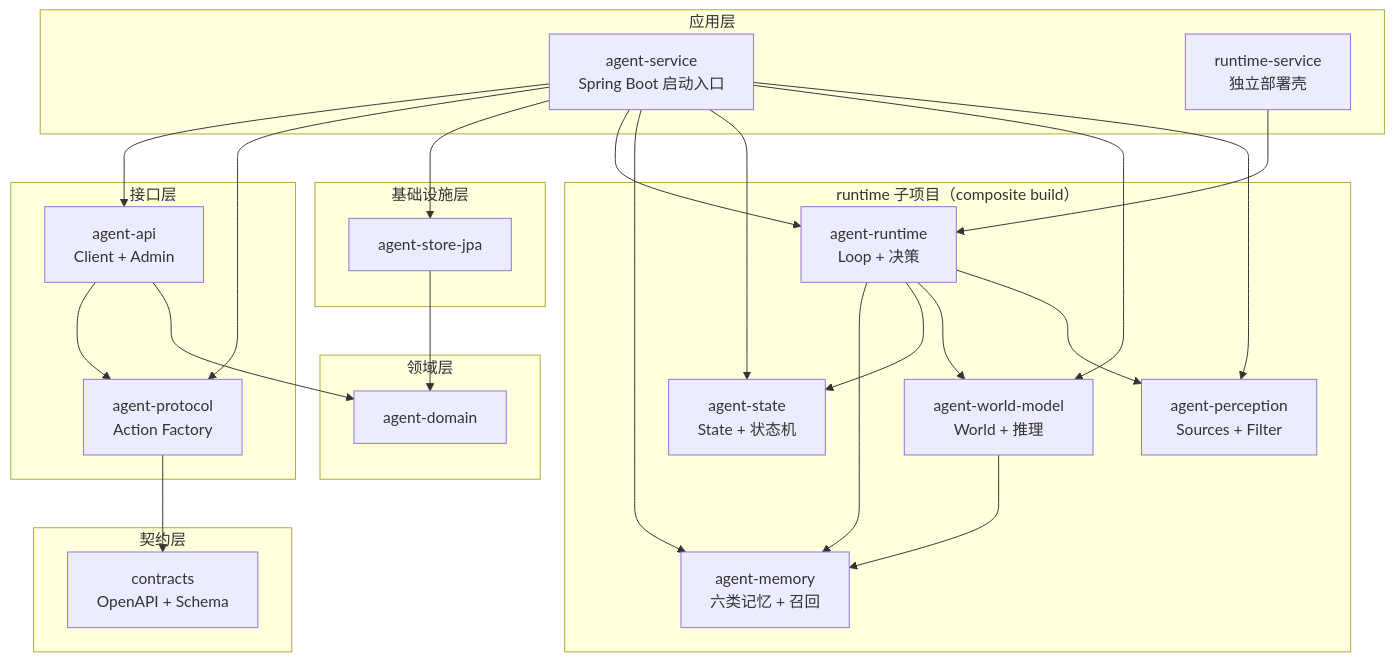
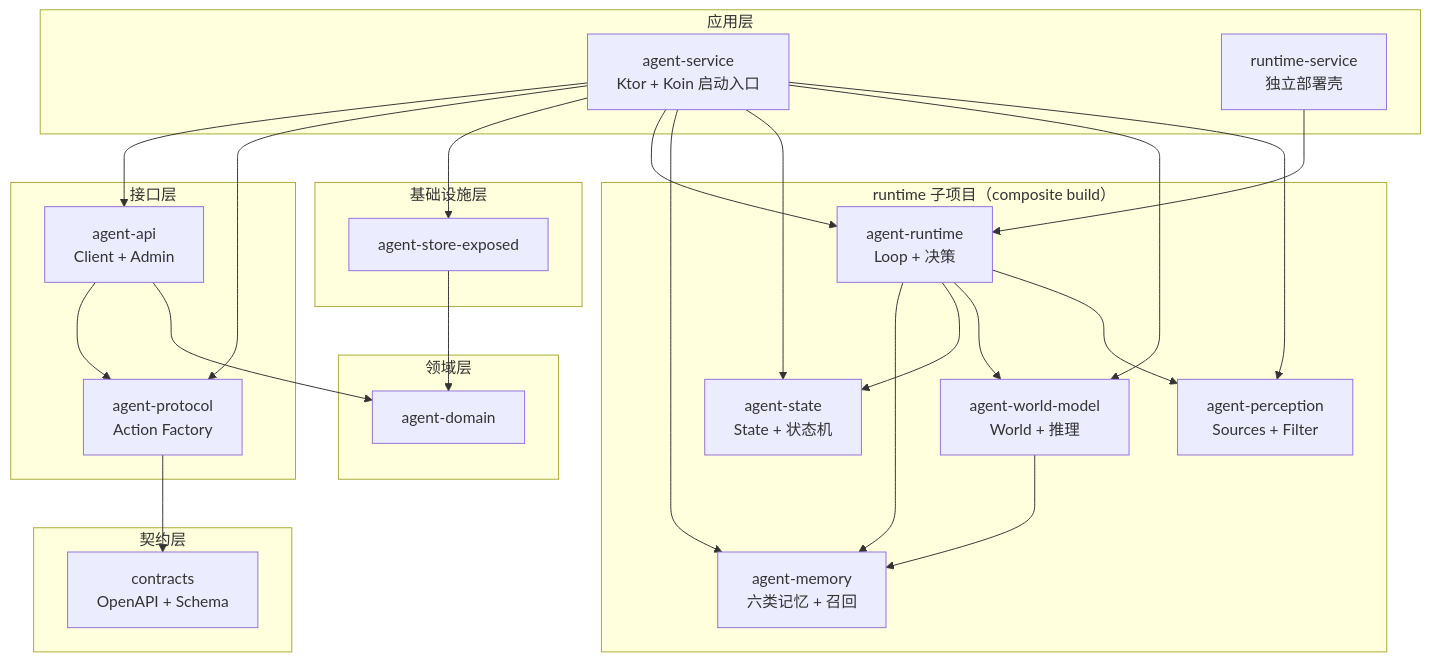
The first of 3 diagrams in architecture/AgentService工程架构.md (ayane-ai/ayane-docs), drawn with Mermaid before and after one commit. The commit also changed other lines of this file and 2 other files, not shown here.

First line of the commit message:
refactor(architecture): 更新 AgentService 工程架构文档

````diff
--- a/architecture/AgentService工程架构.md
+++ b/architecture/AgentService工程架构.md
@@ -22,54 +22,54 @@
 ```mermaid
 flowchart TB
     subgraph AppLayer["应用层"]
-        AgentService[agent-service<br/>Spring Boot 启动入口]
+        AgentService[agent-service<br/>Ktor + Koin 启动入口]
         RuntimeService[runtime-service<br/>独立部署壳]
     end
 
     subgraph ApiLayer["接口层"]
         AgentApi[agent-api<br/>Client + Admin]
         AgentProtocol[agent-protocol<br/>Action Factory]
     end
 
     subgraph ContractLayer["契约层"]
         Contracts[contracts<br/>OpenAPI + Schema]
     end
 
     subgraph InfraLayer["基础设施层"]
-        StoreJPA[agent-store-jpa]
+        StoreExposed[agent-store-exposed]
     end
 
     subgraph DomainLayer["领域层"]
         AgentDomain[agent-domain]
     end
 
     subgraph RuntimeCore["runtime 子项目（composite build）"]
         AgentRuntime[agent-runtime<br/>Loop + 决策]
         AgentMemory[agent-memory<br/>六类记忆 + 召回]
         AgentState[agent-state<br/>State + 状态机]
         AgentWorldModel[agent-world-model<br/>World + 推理]
         AgentPerception[agent-perception<br/>Sources + Filter]
     end
 
     AgentService --> AgentApi
     AgentService --> AgentProtocol
-    AgentService --> StoreJPA
+    AgentService --> StoreExposed
     AgentService --> AgentRuntime
     AgentService --> AgentMemory
     AgentService --> AgentState
     AgentService --> AgentWorldModel
     AgentService --> AgentPerception
 
     AgentApi --> AgentProtocol
     AgentApi --> AgentDomain
     AgentProtocol --> Contracts
-    StoreJPA --> AgentDomain
+    StoreExposed --> AgentDomain
 
     AgentRuntime --> AgentMemory
     AgentRuntime --> AgentState
     AgentRuntime --> AgentWorldModel
     AgentRuntime --> AgentPerception
     AgentWorldModel --> AgentMemory
 
     RuntimeService --> AgentRuntime
 ```
````
